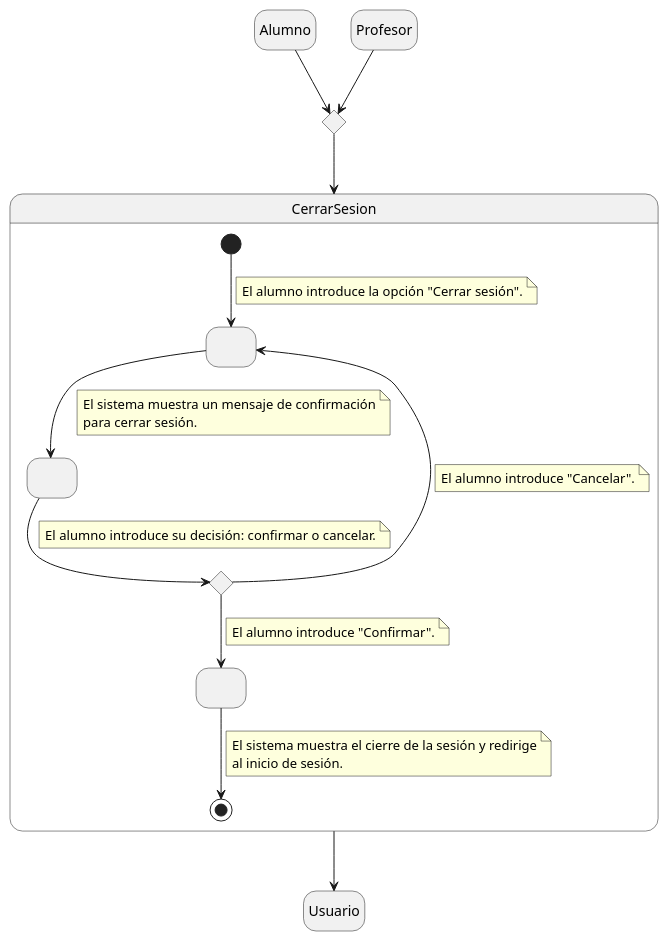
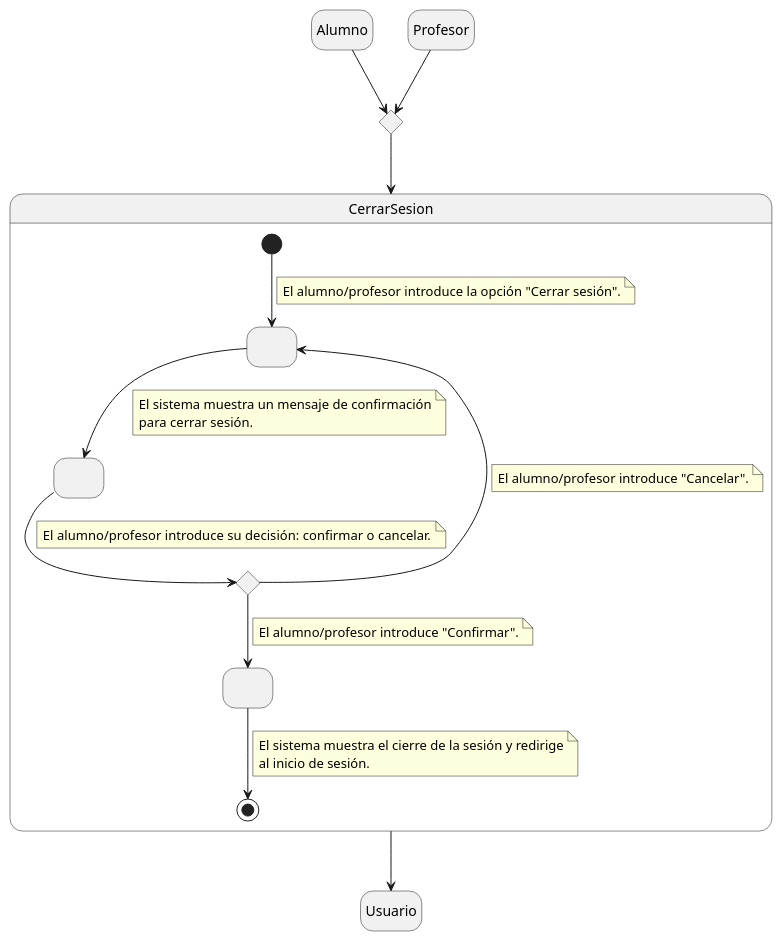
One commit to mmasias/24-25-IdSw1-SDR changed the diagram in Documentos/DetallarCasosDeUso/CerrarSesion.puml. Above: the diagram before and after it, drawn with PlantUML. The commit also changed 3 other files, not shown here.

```diff
--- a/Documentos/DetallarCasosDeUso/CerrarSesion.puml
+++ b/Documentos/DetallarCasosDeUso/CerrarSesion.puml
@@ -1,51 +1,51 @@
 @startuml CerrarSesion
 
 hide empty description
 
 state choice <<choice>>
 
 Alumno --> choice
 Profesor --> choice
 choice --> CerrarSesion
 
 state CerrarSesion {
     state " " as Inicio
     state " " as Confirmacion
     state " " as Fin
 
     [*] --> Inicio
     note on link
-        El alumno introduce la opción "Cerrar sesión".
+        El alumno/profesor introduce la opción "Cerrar sesión".
     end note
 
     Inicio --> Confirmacion
     note on link
         El sistema muestra un mensaje de confirmación
         para cerrar sesión.
     end note
 
     state Decisión <<choice>>
     Confirmacion --> Decisión
     note on link
-        El alumno introduce su decisión: confirmar o cancelar.
+        El alumno/profesor introduce su decisión: confirmar o cancelar.
     end note
 
     Decisión --> Fin
     note on link
-        El alumno introduce "Confirmar".
+        El alumno/profesor introduce "Confirmar".
     end note
 
     Decisión --> Inicio
     note on link
-        El alumno introduce "Cancelar".
+        El alumno/profesor introduce "Cancelar".
     end note
 
     Fin --> [*]
     note on link
         El sistema muestra el cierre de la sesión y redirige
         al inicio de sesión.
     end note
 }
 
 CerrarSesion --> Usuario
 @enduml
```
